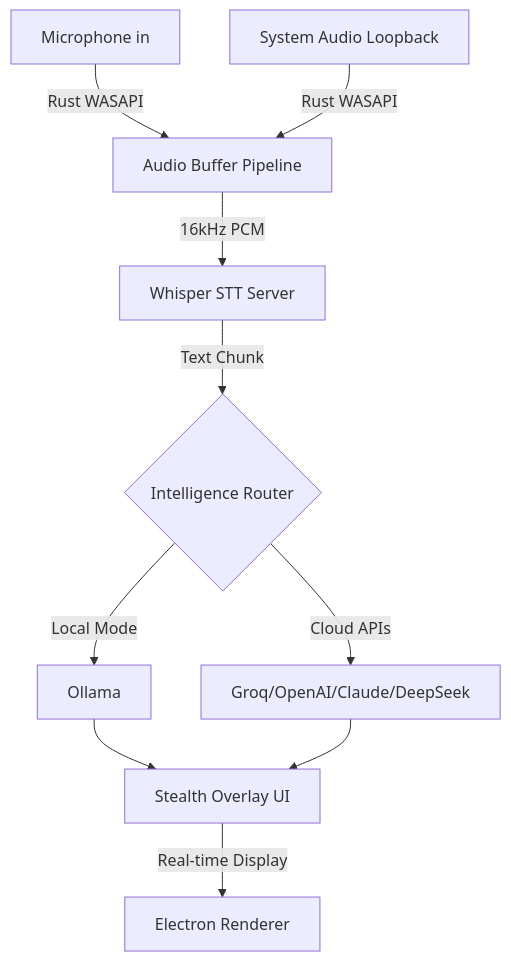
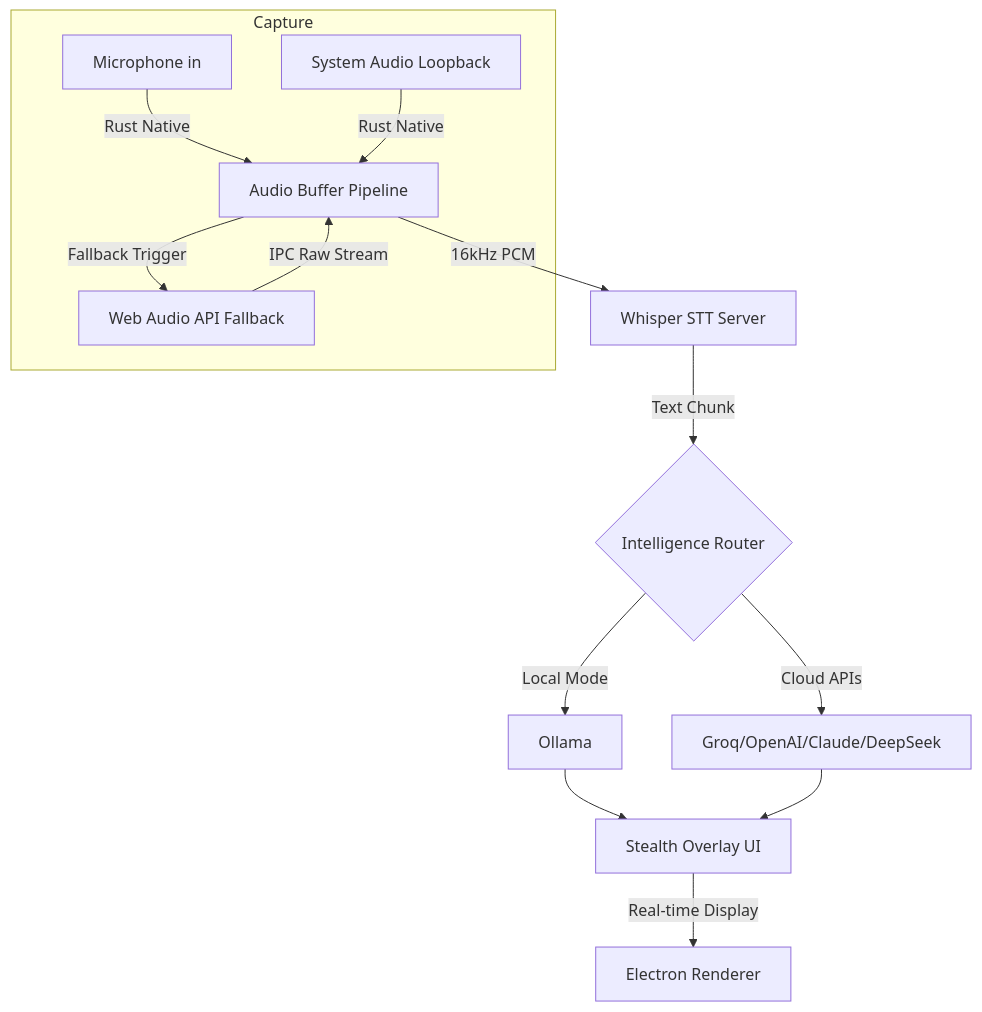
Before and after one commit to Sasidhar-7302/Ghost_Writer: the diagram in README.md, drawn with Mermaid. The commit also changed other lines of this file and 86 other files, not shown here.

````diff
--- a/README.md
+++ b/README.md
@@ -88,12 +90,16 @@
 ```mermaid
 graph TD
-    A[Microphone in] --> |Rust WASAPI| C[Audio Buffer Pipeline]
-    B[System Audio Loopback] --> |Rust WASAPI| C
+    subgraph Capture
+        A[Microphone in] --> |Rust Native| C[Audio Buffer Pipeline]
+        B[System Audio Loopback] --> |Rust Native| C
+        C --> |Fallback Trigger| B2[Web Audio API Fallback]
+        B2 --> |IPC Raw Stream| C
+    end
     C --> |16kHz PCM| D[Whisper STT Server]
     D --> |Text Chunk| E{Intelligence Router}
     E --> |Local Mode| F[Ollama]
     E --> |Cloud APIs| G[Groq/OpenAI/Claude/DeepSeek]
     F --> H[Stealth Overlay UI]
     G --> H
     H --> |Real-time Display| I[Electron Renderer]
 ```
````
